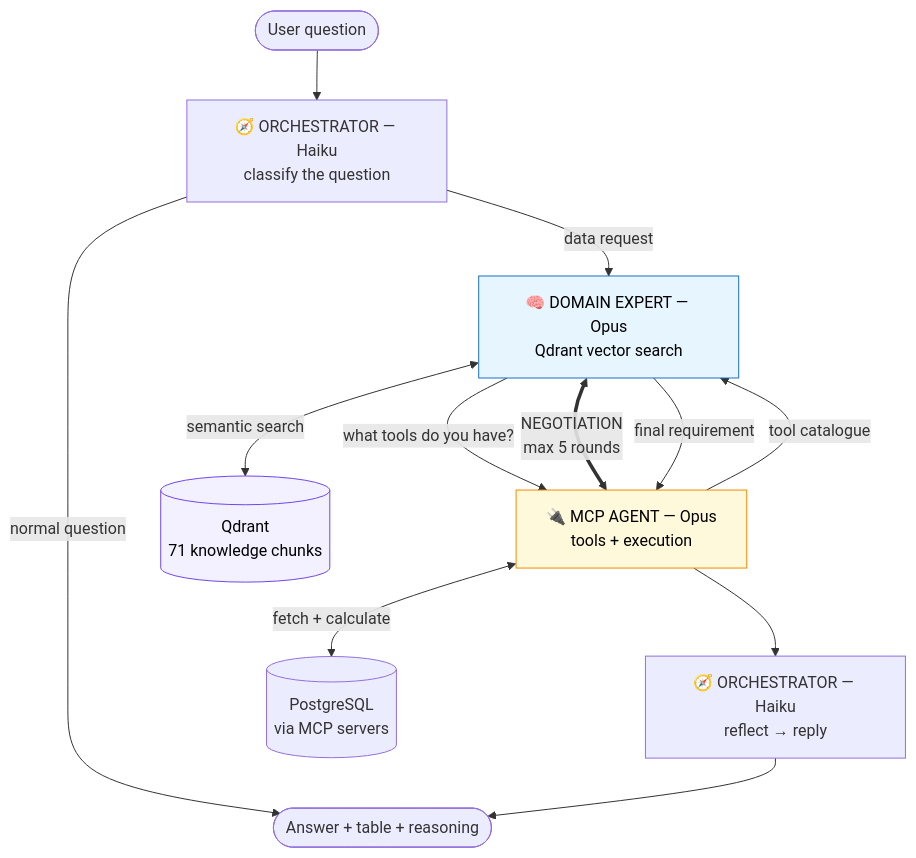
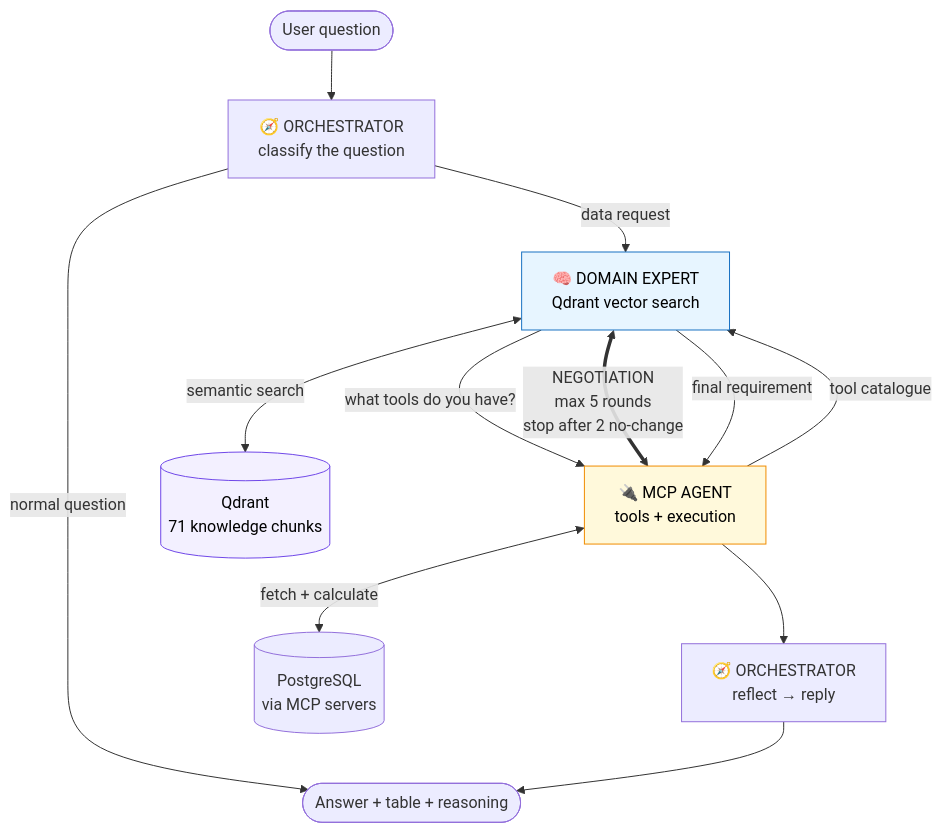
The diagram in agents/README.md (KrishnaAnnavaram/semantic-mcp-data-access-gateway), drawn with Mermaid before and after one commit. The commit also changed other lines of this file and 8 other files, not shown here.

````diff
--- a/agents/README.md
+++ b/agents/README.md
@@ -16,27 +22,27 @@
 ```mermaid
 flowchart TD
     U([User question])
-    O["🧭 ORCHESTRATOR — Haiku<br/>classify the question"]
-    D["🧠 DOMAIN EXPERT — Opus<br/>Qdrant vector search"]
-    M["🔌 MCP AGENT — Opus<br/>tools + execution"]
+    O["🧭 ORCHESTRATOR<br/>classify the question"]
+    D["🧠 DOMAIN EXPERT<br/>Qdrant vector search"]
+    M["🔌 MCP AGENT<br/>tools + execution"]
     Q[("Qdrant<br/>71 knowledge chunks")]
     PG[("PostgreSQL<br/>via MCP servers")]
-    R["🧭 ORCHESTRATOR — Haiku<br/>reflect → reply"]
+    R["🧭 ORCHESTRATOR<br/>reflect → reply"]
     A([Answer + table + reasoning])
 
     U --> O
     O -->|"normal question"| A
     O -->|"data request"| D
     D <-->|"semantic search"| Q
     D -->|"what tools do you have?"| M
     M -->|"tool catalogue"| D
-    D <==>|"NEGOTIATION<br/>max 5 rounds"| M
+    D <==>|"NEGOTIATION<br/>max 5 rounds<br/>stop after 2 no-change"| M
     D -->|"final requirement"| M
     M <-->|"fetch + calculate"| PG
     M --> R
     R --> A
 
     style D fill:#e7f5ff,stroke:#1971c2,color:#000
     style M fill:#fff9db,stroke:#f08c00,color:#000
     style Q fill:#f3f0ff,stroke:#7048e8,color:#000
 ```
````
